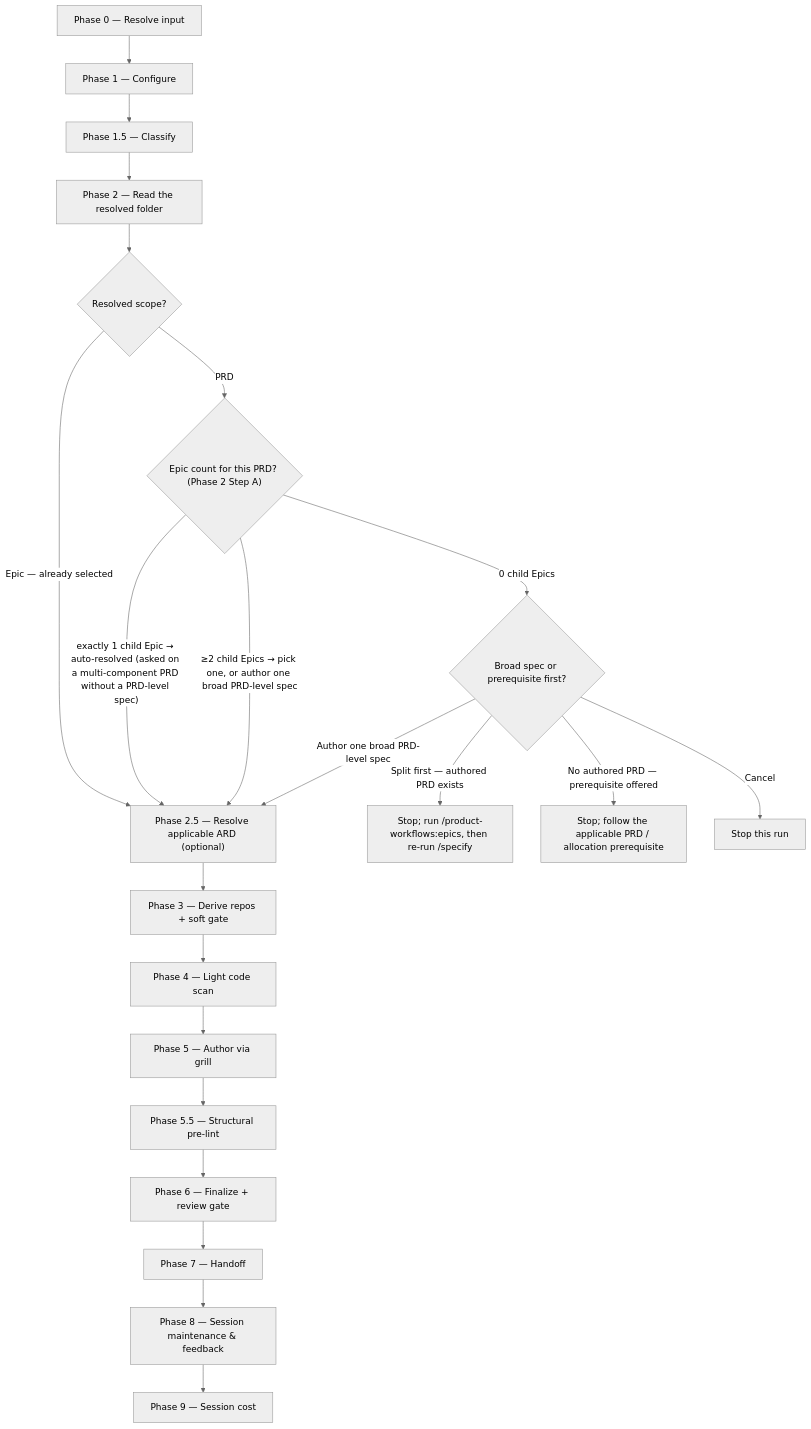
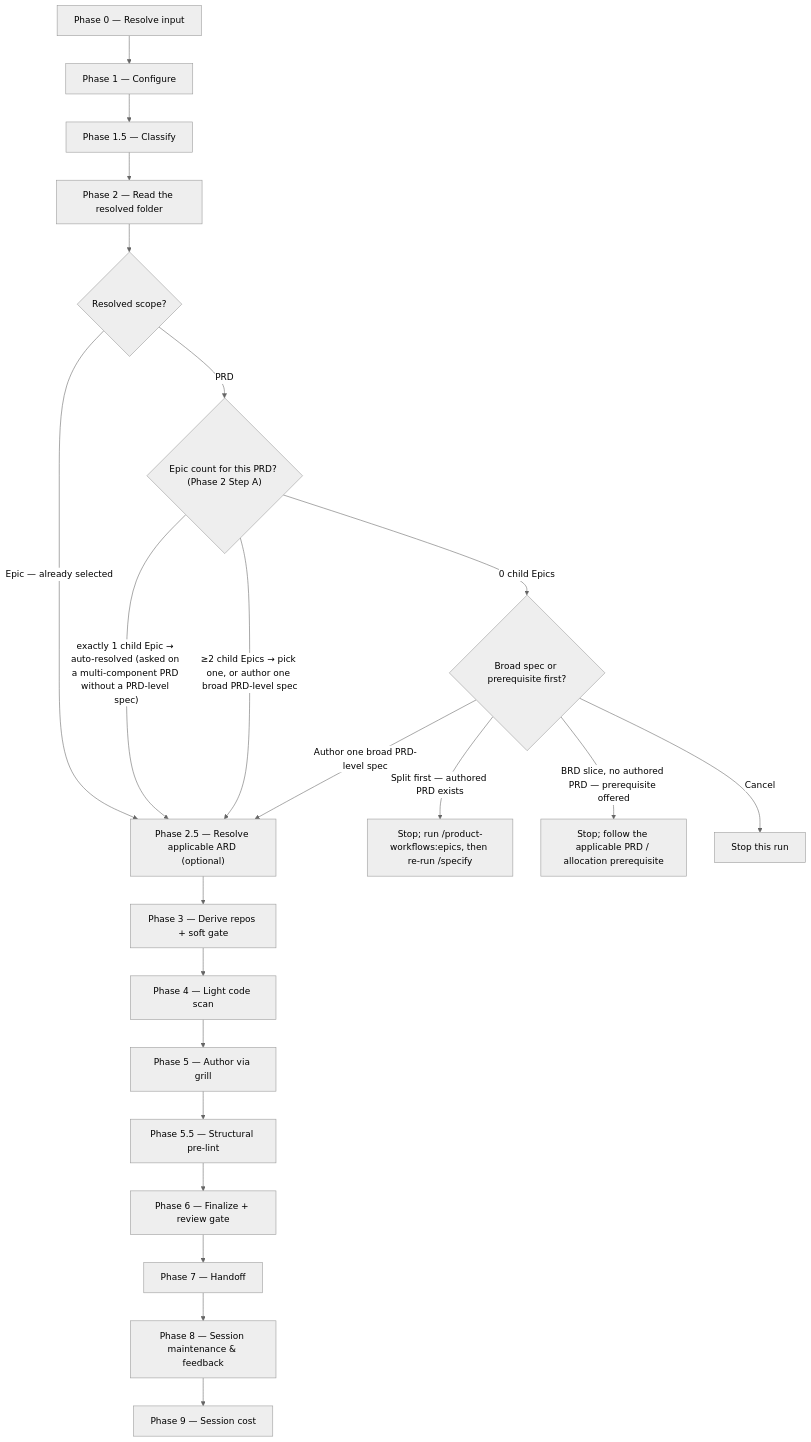
One commit to ihudak/ai-workflows changed the diagram in plugins/product-workflows/docs/commands/specify.md. Above: the diagram before and after it, drawn with Mermaid (neutral theme). The commit also changed other lines of this file and 19 other files, not shown here.

````diff
--- a/plugins/product-workflows/docs/commands/specify.md
+++ b/plugins/product-workflows/docs/commands/specify.md
@@ -33,24 +33,24 @@
 ```mermaid
 flowchart TD
     p0["Phase 0 — Resolve input"] --> p1["Phase 1 — Configure"]
     p1 --> p15["Phase 1.5 — Classify"]
     p15 --> p2["Phase 2 — Read the resolved folder"]
     p2 --> scope{"Resolved scope?"}
     scope -->|Epic — already selected| p25["Phase 2.5 — Resolve applicable ARD (optional)"]
     scope -->|PRD| d1{"Epic count for this PRD? (Phase 2 Step A)"}
     d1 -- "exactly 1 child Epic → auto-resolved (asked on a multi-component PRD without a PRD-level spec)" --> p25
     d1 -- "≥2 child Epics → pick one, or author one broad PRD-level spec" --> p25
     d1 -->|"0 child Epics"| noepics{"Broad spec or prerequisite first?"}
     noepics -->|"Author one broad PRD-level spec"| p25
     noepics -->|"Split first — authored PRD exists"| split["Stop; run /product-workflows:epics, then re-run /specify"]
-    noepics -->|"No authored PRD — prerequisite offered"| prerequisite["Stop; follow the applicable PRD / allocation prerequisite"]
+    noepics -->|"BRD slice, no authored PRD — prerequisite offered"| prerequisite["Stop; follow the applicable PRD / allocation prerequisite"]
     noepics -->|Cancel| cancel["Stop this run"]
     p25 --> p3["Phase 3 — Derive repos + soft gate"]
     p3 --> p4["Phase 4 — Light code scan"]
     p4 --> p5["Phase 5 — Author via grill"]
     p5 --> p55["Phase 5.5 — Structural pre-lint"]
     p55 --> p6["Phase 6 — Finalize + review gate"]
     p6 --> p7["Phase 7 — Handoff"]
     p7 --> p8["Phase 8 — Session maintenance & feedback"]
     p8 --> p9["Phase 9 — Session cost"]
 ```
````
